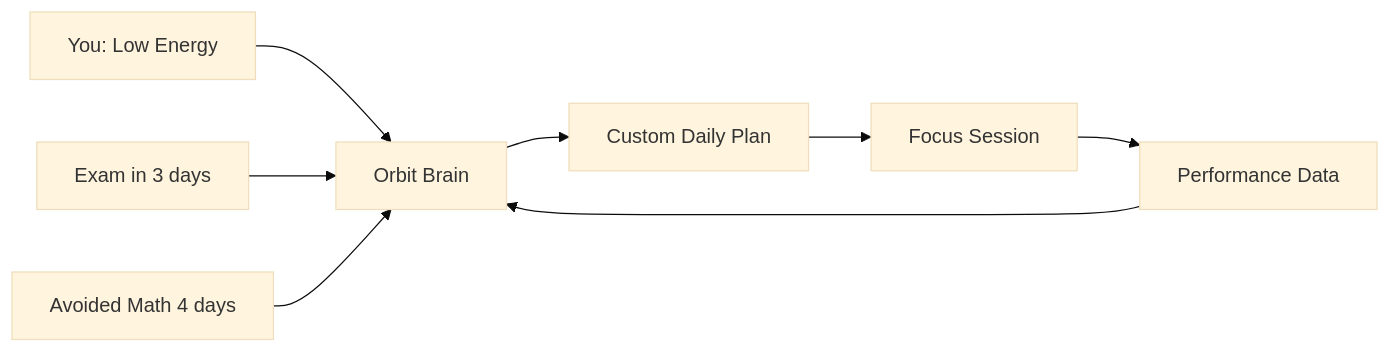
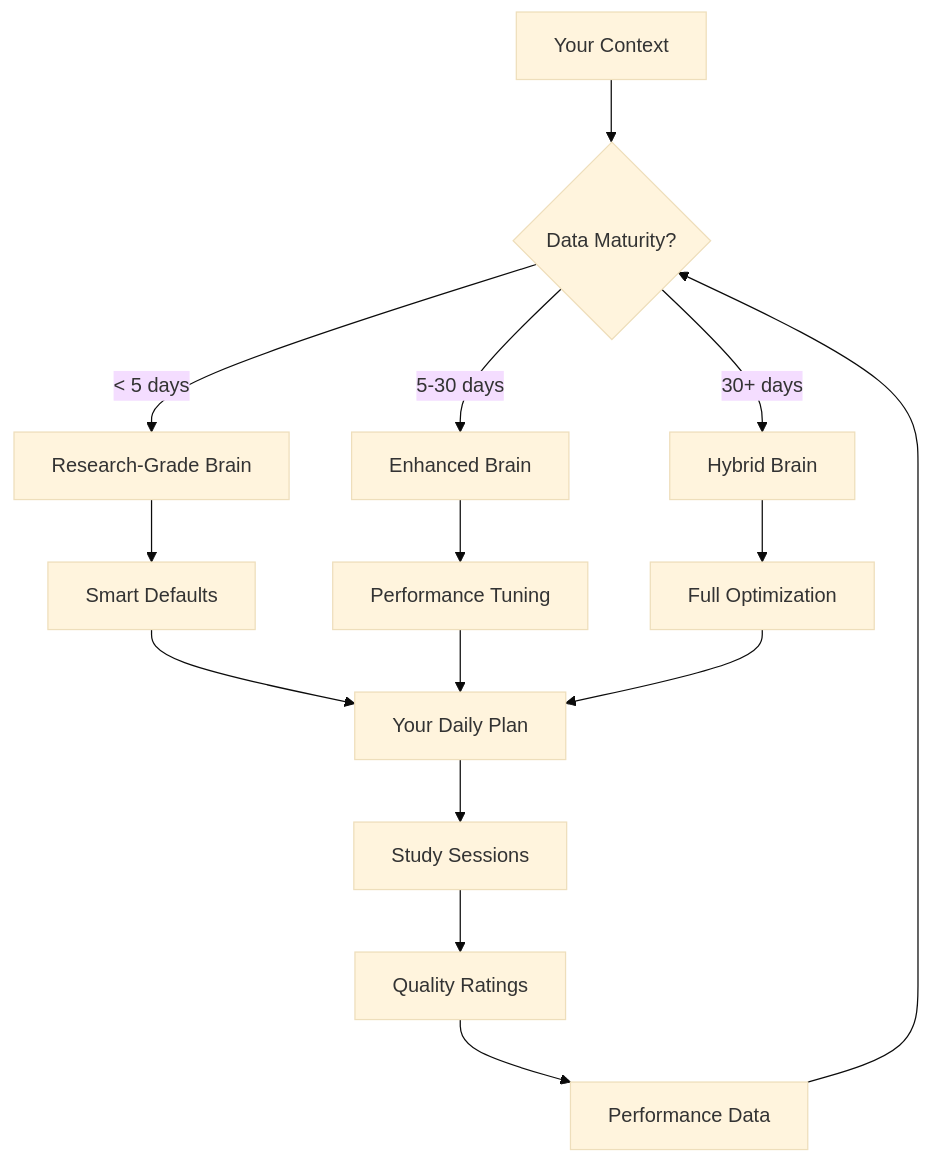
The diagram in README.md (santoshcheethiralame-dot/ORBIT), drawn with Mermaid (base theme) before and after one commit. The commit also changed other lines of this file and 12 other files, not shown here.

````diff
--- a/README.md
+++ b/README.md
@@ -119,10 +131,20 @@
 ```mermaid
-graph LR
-    A[You: Low Energy] --> B[Orbit Brain]
-    C[Exam in 3 days] --> B
-    D[Avoided Math 4 days] --> B
-    B --> E[Custom Daily Plan]
-    E --> F[Focus Session]
-    F --> G[Performance Data]
-    G --> B
+graph TD
+    A[Your Context] --> B{Data Maturity?}
+    B -->|< 5 days| C[Research-Grade Brain]
+    B -->|5-30 days| D[Enhanced Brain]
+    B -->|30+ days| E[Hybrid Brain]
+    
+    C --> F[Smart Defaults]
+    D --> G[Performance Tuning]
+    E --> H[Full Optimization]
+    
+    F --> I[Your Daily Plan]
+    G --> I
+    H --> I
+    
+    I --> J[Study Sessions]
+    J --> K[Quality Ratings]
+    K --> L[Performance Data]
+    L --> B
 ```
````
